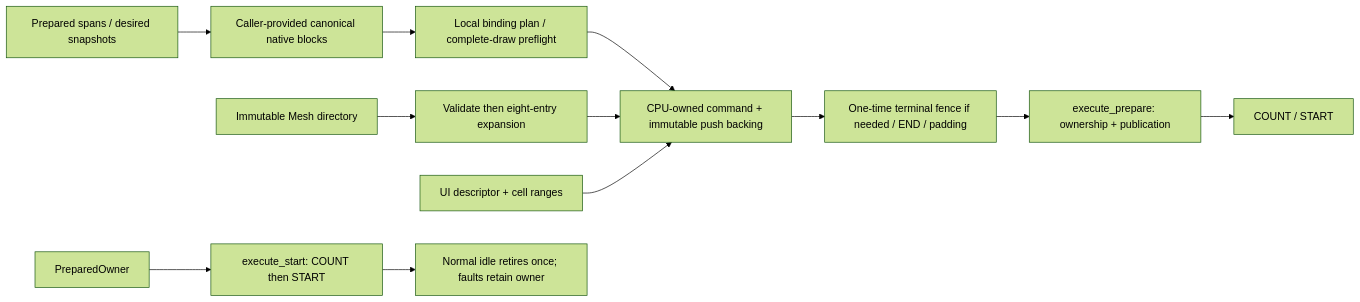
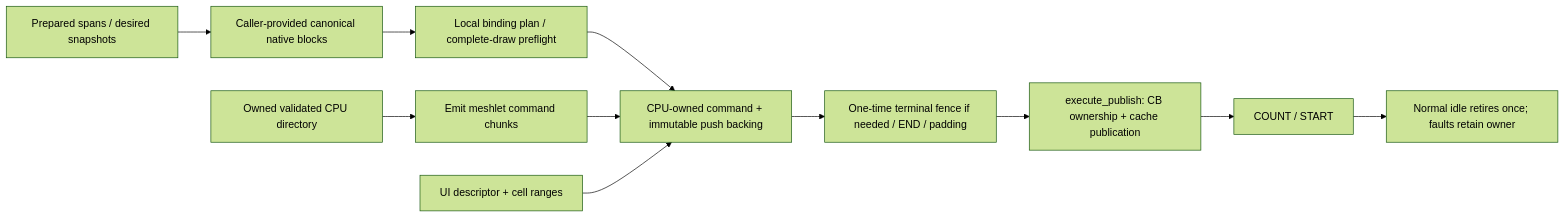
One commit to misdake/DigitalDesign changed the second of 2 diagrams in systems/cpu-v3-tang-nano-20k/docs/gpu-api-storage.md. Above: the diagram before and after it, drawn with Mermaid (forest theme). The commit also changed other lines of this file and 109 other files, not shown here.

````diff
--- a/systems/cpu-v3-tang-nano-20k/docs/gpu-api-storage.md
+++ b/systems/cpu-v3-tang-nano-20k/docs/gpu-api-storage.md
@@ -688,14 +736,13 @@
 ```mermaid
 flowchart LR
     Prepared["Prepared spans / desired snapshots"] --> Native["Caller-provided canonical native blocks"]
     Native --> Bind["Local binding plan / complete-draw preflight"]
-    Directory["Immutable Mesh directory"] --> Mesh["Validate then eight-entry expansion"]
+    Directory["Owned validated CPU directory"] --> Mesh["Emit meshlet command chunks"]
     Bind --> Stored["CPU-owned command + immutable push backing"]
     Mesh --> Stored
     UI["UI descriptor + cell ranges"] --> Stored
     Stored --> Seal["One-time terminal fence if needed / END / padding"]
-    Seal --> Publish["execute_prepare: ownership + publication"]
+    Seal --> Publish["execute_publish: CB ownership + cache publication"]
     Publish --> Start["COUNT / START"]
-    PreparedOwner --> Send["execute_start: COUNT then START"]
-    Send --> Poll["Normal idle retires once; faults retain owner"]
+    Start --> Poll["Normal idle retires once; faults retain owner"]
 ```
````
